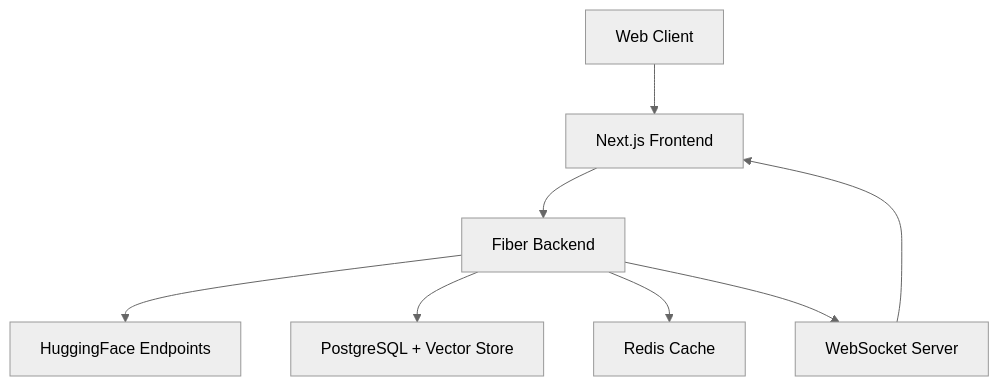
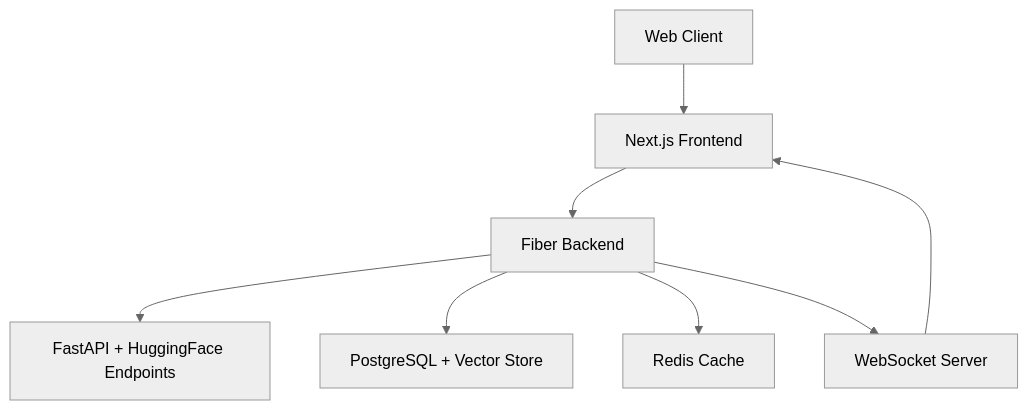
One commit to lesleyfon/VoiceScribe-Pro changed the diagram in README.md. Above: the diagram before and after it, drawn with Mermaid (neutral theme).

Commit message:
Update README to reflect changes in backend architecture, replacing 'HuggingFace Endpoints' with 'FastAPI + HuggingFace Endpoints' for clarity on technology stack.

````diff
--- a/README.md
+++ b/README.md
@@ -55,10 +55,10 @@
 ```mermaid
 graph TD
     A[Web Client] --> B[Next.js Frontend]
     B --> C[Fiber Backend]
-    C --> D[HuggingFace Endpoints]
+    C --> D[FastAPI + HuggingFace Endpoints]
     C --> E[PostgreSQL + Vector Store]
     C --> F[Redis Cache]
     G[WebSocket Server] --> B
     C --> G
 ```
````
